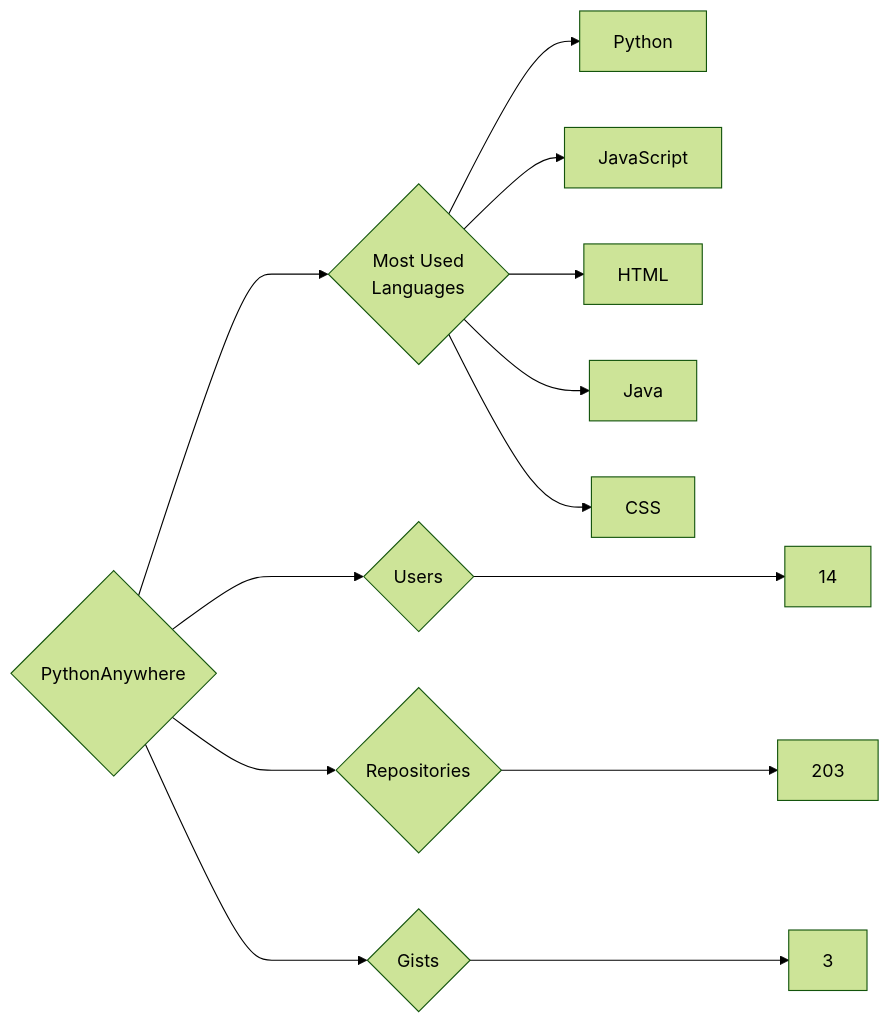
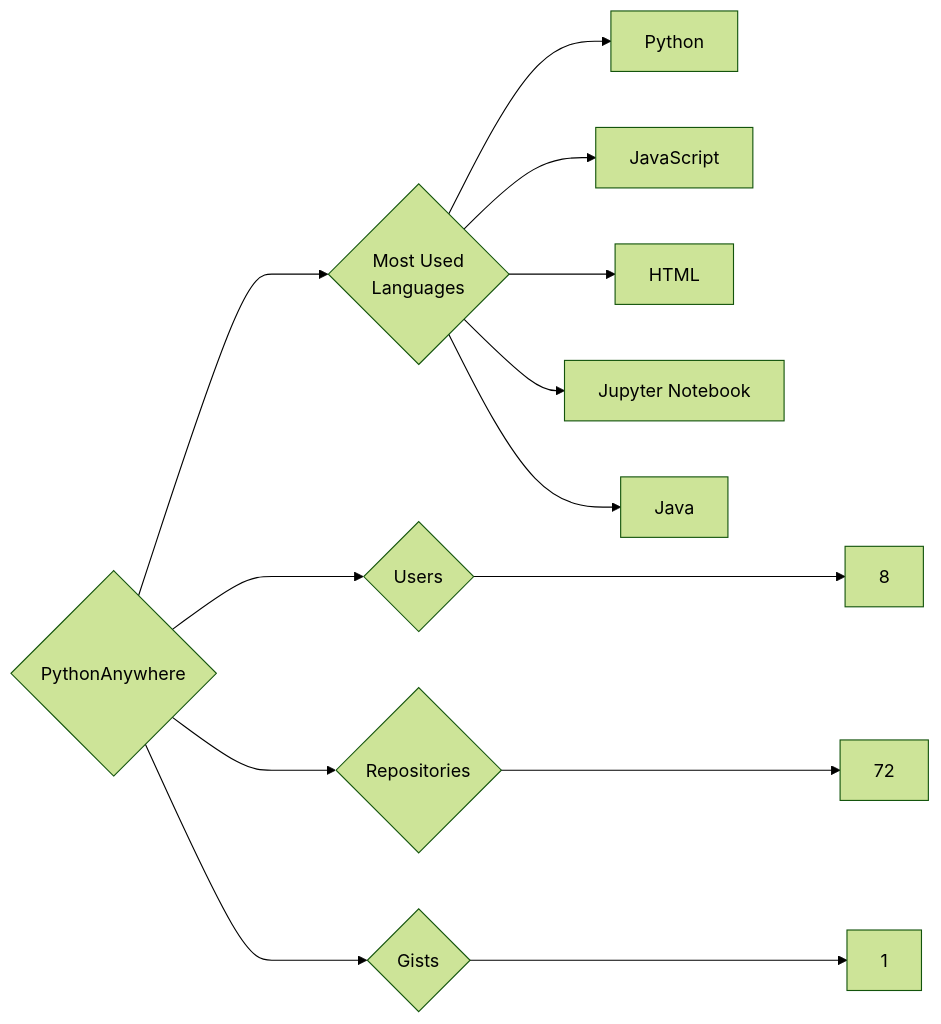
One commit to trickest/insiders changed the diagram in targets/PythonAnywhere/README.md. Above: the diagram before and after it, drawn with Mermaid (forest theme). The commit also changed 1479 other files, not shown here.

````diff
--- a/targets/PythonAnywhere/README.md
+++ b/targets/PythonAnywhere/README.md
@@ -3,13 +3,13 @@
 ```mermaid
 graph LR
 COMPANY_NAME{PythonAnywhere}
-COMPANY_NAME ---> U{Users} ---> UN[14]
-COMPANY_NAME ---> R{Repositories} ---> RN[203]
-COMPANY_NAME ---> G{Gists} ---> GN[3]
+COMPANY_NAME ---> U{Users} ---> UN[8]
+COMPANY_NAME ---> R{Repositories} ---> RN[72]
+COMPANY_NAME ---> G{Gists} ---> GN[1]
 COMPANY_NAME ---> ML{Most Used<br>Languages}
 ML --> Python[Python]
 ML --> JavaScript[JavaScript]
 ML --> HTML[HTML]
+ML --> Jupyter_Notebook[Jupyter Notebook]
 ML --> Java[Java]
-ML --> CSS[CSS]
 ```
````
